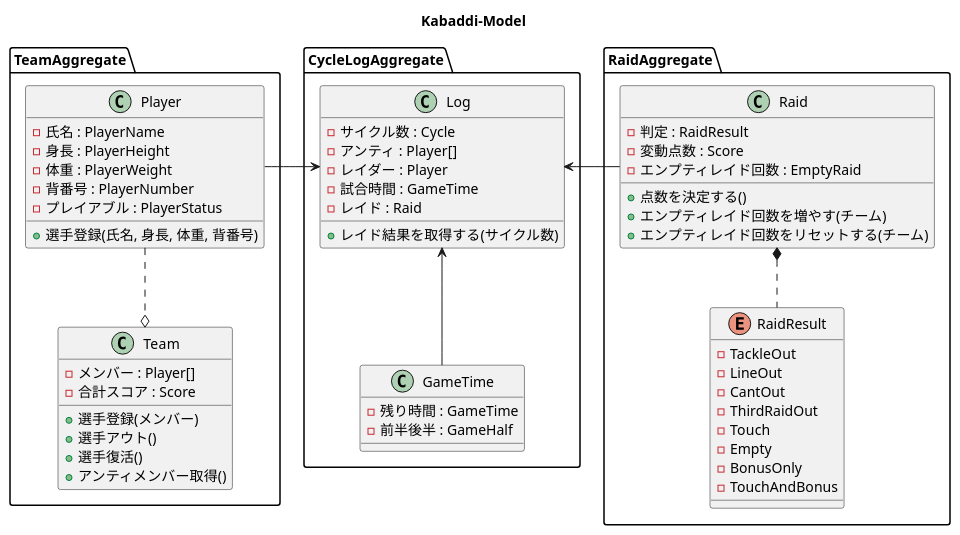
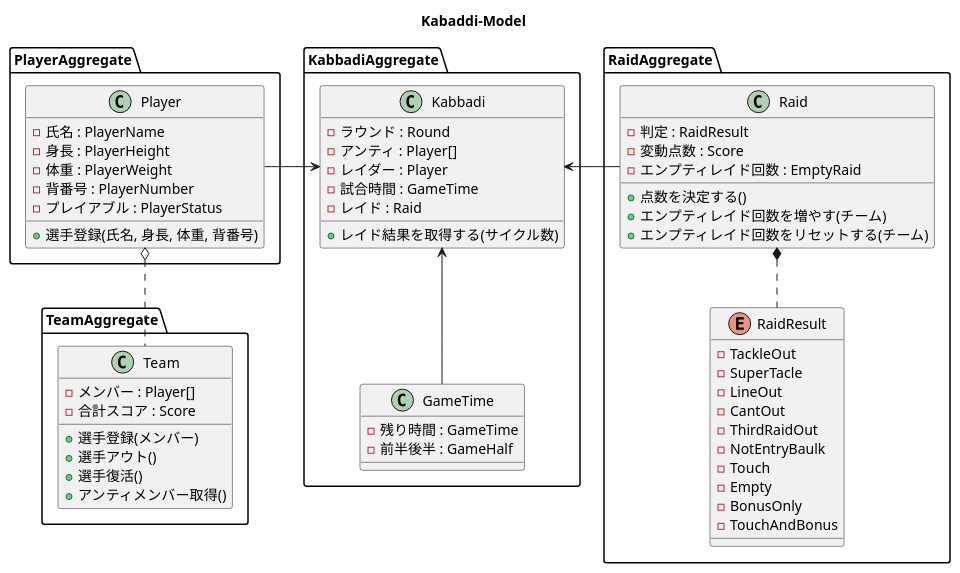
Before and after one commit to ukihot/dharma: the diagram in design/model_ddd.pu, drawn with PlantUML. The commit also changed 24 other files, not shown here.

```diff
--- a/design/model_ddd.pu
+++ b/design/model_ddd.pu
@@ -1,68 +1,71 @@
 @startuml kabaddi-scorer
 Title Kabaddi-Model
 
 package TeamAggregate{
   class Team{
     - メンバー : Player[]
     - 合計スコア : Score
     + 選手登録(メンバー)
     + 選手アウト()
     + 選手復活()
     + アンティメンバー取得()
   }
-
+}
+package PlayerAggregate{
   class Player{
     - 氏名 : PlayerName
     - 身長 : PlayerHeight
     - 体重 : PlayerWeight
     - 背番号 : PlayerNumber
     - プレイアブル : PlayerStatus
     + 選手登録(氏名, 身長, 体重, 背番号)
   }
 }
 
-package CycleLogAggregate{
-class Log {
-    - サイクル数 : Cycle
+package KabbadiAggregate{
+class Kabbadi {
+    - ラウンド : Round
     - アンティ : Player[]
     - レイダー : Player
     - 試合時間 : GameTime
     - レイド : Raid
     + レイド結果を取得する(サイクル数)
     }
   class GameTime{
     - 残り時間 : GameTime
     - 前半後半 : GameHalf
   }
 
 }
 
 package RaidAggregate{
   class Raid {
     - 判定 : RaidResult
     - 変動点数 : Score
     - エンプティレイド回数 : EmptyRaid
     + 点数を決定する()
     + エンプティレイド回数を増やす(チーム)
     + エンプティレイド回数をリセットする(チーム)
   }
 
 
   enum RaidResult {
     - TackleOut
+    - SuperTacle
     - LineOut
     - CantOut
     - ThirdRaidOut
+    - NotEntryBaulk
     - Touch
     - Empty
     - BonusOnly
     - TouchAndBonus
   }
 }
 
-Player ..o Team
-Log <-left- Player
-Log <-- GameTime
-Raid -left-> Log
+Player o.. Team
+Kabbadi <-left- Player
+Kabbadi <-- GameTime
+Raid -left-> Kabbadi
 Raid *.. RaidResult
 @enduml
```
